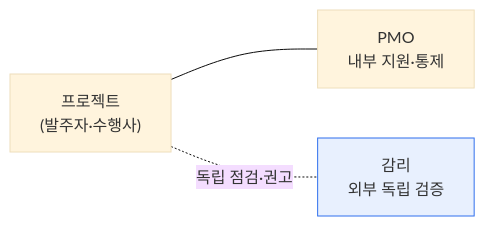
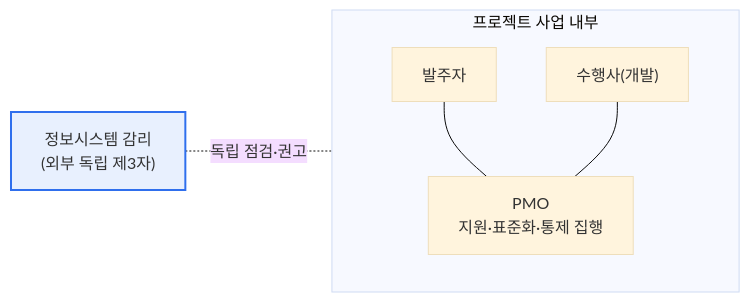
The first of 2 diagrams in content/audit-vs-pmo.md (coninggu/wjdqhrhksflrltnftk), drawn with Mermaid (base theme) before and after one commit. The commit also changed other lines of this file and 3 other files, not shown here.

Commit message:
Deepen 데이터 마이닝: 통계와 차이·정형/비정형·오피니언/텍스트, 정보시스템 감리와 PMO 비교 (auto)

````diff
--- a/content/audit-vs-pmo.md
+++ b/content/audit-vs-pmo.md
@@ -15,6 +21,12 @@
 ```mermaid
 flowchart LR
-  P["프로젝트<br/>(발주자·수행사)"] --- PMO["PMO<br/>내부 지원·통제"]
-  P -. 독립 점검·권고 .- AU["감리<br/>외부 독립 검증"]
-  style AU fill:#e8f0fe,stroke:#2f6fed
+  subgraph 사업내부["프로젝트 사업 내부"]
+    OWN["발주자"]
+    SUP["수행사(개발)"]
+    PMO["PMO<br/>지원·표준화·통제 집행"]
+    OWN --- PMO
+    SUP --- PMO
+  end
+  AU["정보시스템 감리<br/>(외부 독립 제3자)"] -. 독립 점검·권고 .- 사업내부
+  style AU fill:#e8f0fe,stroke:#2f6fed,stroke-width:2px
 ```
````
